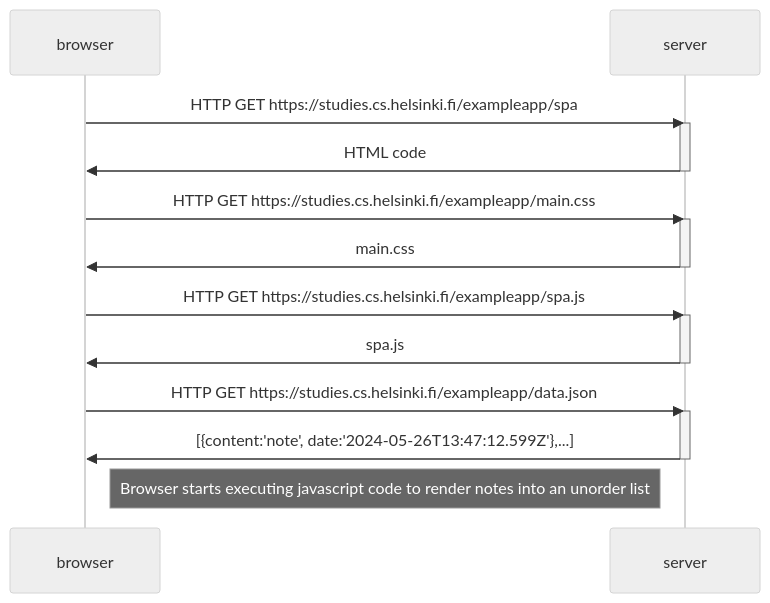
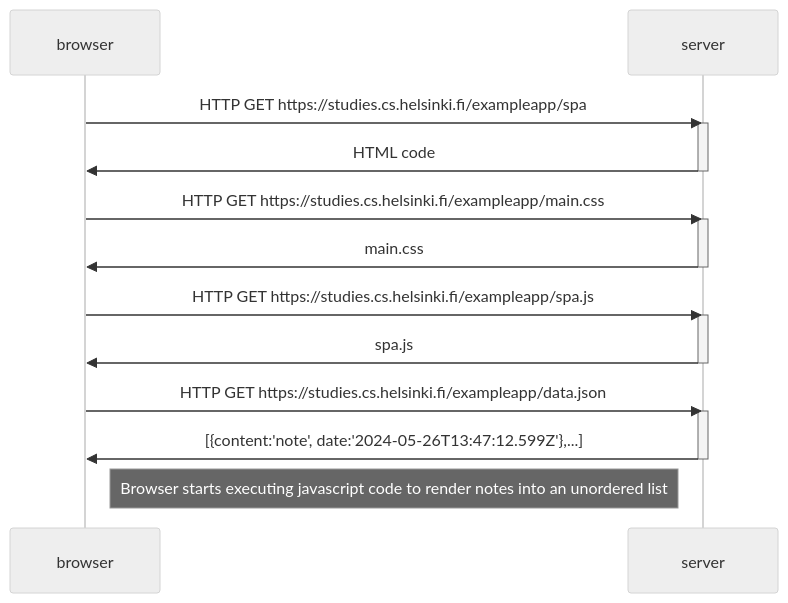
The diagram in part0/0.5/0.5.md (PeraSoluciones/fullstackopen), drawn with Mermaid (neutral theme) before and after one commit.

````diff
--- a/part0/0.5/0.5.md
+++ b/part0/0.5/0.5.md
@@ -1,27 +1,27 @@
 ```mermaid
 sequenceDiagram
     participant browser
     participant server
 
     browser->>server: HTTP GET https://studies.cs.helsinki.fi/exampleapp/spa
     activate server
     server->>browser: HTML code
     deactivate server
 
     browser->>server: HTTP GET https://studies.cs.helsinki.fi/exampleapp/main.css
     activate server
     server->>browser: main.css
     deactivate server
 
     browser->>server: HTTP GET https://studies.cs.helsinki.fi/exampleapp/spa.js
     activate server
     server->>browser: spa.js
     deactivate server
 
     browser->>server: HTTP GET https://studies.cs.helsinki.fi/exampleapp/data.json
     activate server
     server->>browser: [{content:'note', date:'2024-05-26T13:47:12.599Z'},...]
     deactivate server
 
-    Note right of browser: Browser starts executing javascript code to render notes into an unorder list
+    Note right of browser: Browser starts executing javascript code to render notes into an unordered list
 ```
````
